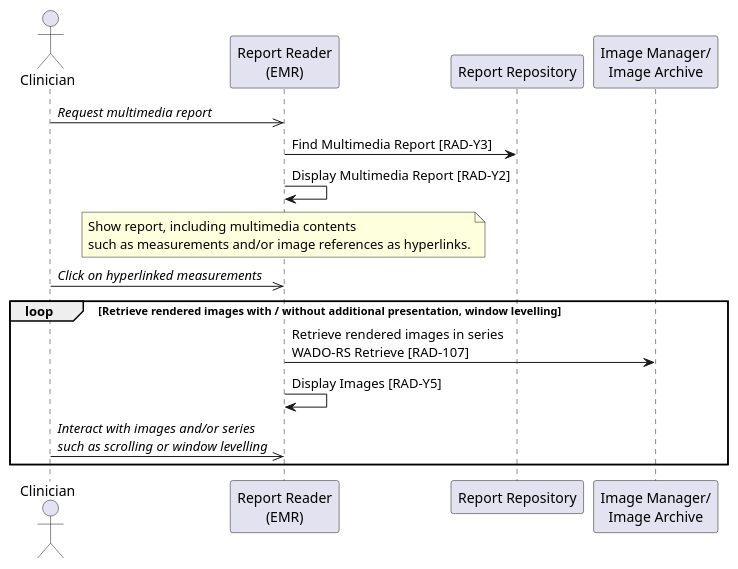
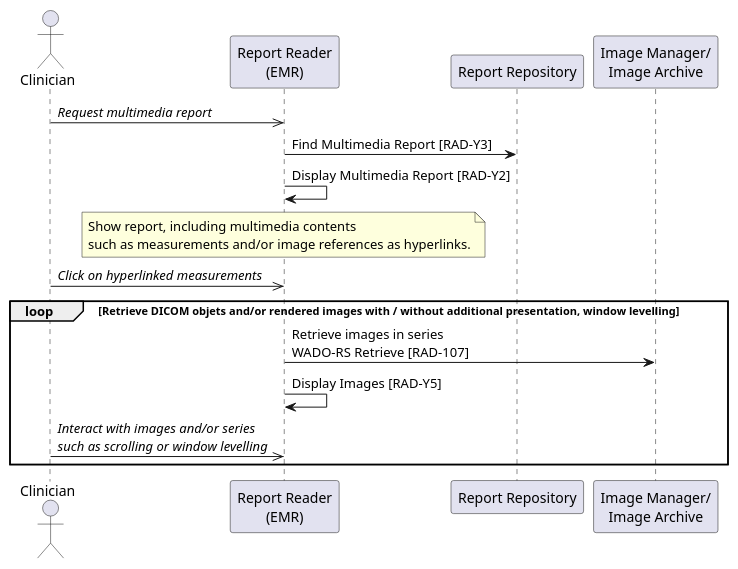
One commit to IHE/RAD.IMR changed the diagram in input/images-source/uc2-presenting-interactive-report-standalone.plantuml. Above: the diagram before and after it, drawn with PlantUML. The commit also changed 4 other files, not shown here.

```diff
--- a/input/images-source/uc2-presenting-interactive-report-standalone.plantuml
+++ b/input/images-source/uc2-presenting-interactive-report-standalone.plantuml
@@ -1,28 +1,28 @@
 @startuml
 
 actor Clinician as Clinician
 
-participant "Report Reader\n(EMR)" as EMR
+participant "Report Reader\n(EMR)" as Reader
 participant "Report Repository" as Repo
 
 participant "Image Manager/\nImage Archive" as Archive
 
-Clinician->>EMR: //Request multimedia report//
+Clinician->>Reader: //Request multimedia report//
 
-EMR->Repo: Find Multimedia Report [RAD-Y3]
-EMR->EMR: Display Multimedia Report [RAD-Y2]
-note over EMR
+Reader->Repo: Find Multimedia Report [RAD-Y3]
+Reader->Reader: Display Multimedia Report [RAD-Y2]
+note over Reader
 Show report, including multimedia contents
 such as measurements and/or image references as hyperlinks.
 end note
 
-Clinician->>EMR: //Click on hyperlinked measurements//
+Clinician->>Reader: //Click on hyperlinked measurements//
 
-loop Retrieve rendered images with / without additional presentation, window levelling
-EMR->Archive: Retrieve rendered images in series\nWADO-RS Retrieve [RAD-107]
-EMR->EMR: Display Images [RAD-Y5]
+loop Retrieve DICOM objets and/or rendered images with / without additional presentation, window levelling
+Reader->Archive: Retrieve images in series\nWADO-RS Retrieve [RAD-107]
+Reader->Reader: Display Images [RAD-Y5]
 
-Clinician->>EMR: //Interact with images and/or series//\n//such as scrolling or window levelling//
+Clinician->>Reader: //Interact with images and/or series//\n//such as scrolling or window levelling//
 end loop
 
 @enduml
```
